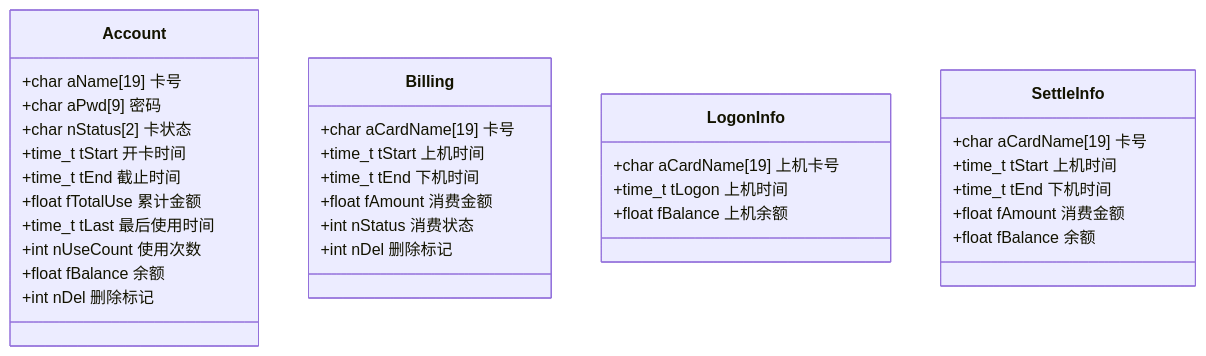
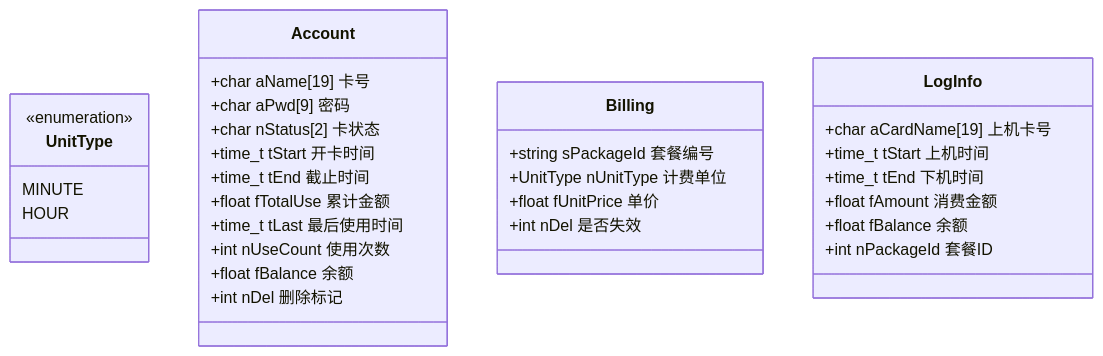
One commit to bihongcue876/billingmanagesystem changed the first of 3 diagrams in README.md. Above: the diagram before and after it, drawn with Mermaid. The commit also changed other lines of this file and 3 other files, not shown here.

````diff
--- a/README.md
+++ b/README.md
@@ -82,38 +91,37 @@
 ```mermaid
 classDiagram
+    class UnitType {
+        <<enumeration>>
+        MINUTE
+        HOUR
+    }
+
     class Account {
         +char aName[19] 卡号
         +char aPwd[9] 密码
         +char nStatus[2] 卡状态
         +time_t tStart 开卡时间
         +time_t tEnd 截止时间
         +float fTotalUse 累计金额
         +time_t tLast 最后使用时间
         +int nUseCount 使用次数
         +float fBalance 余额
         +int nDel 删除标记
     }
 
     class Billing {
-        +char aCardName[19] 卡号
-        +time_t tStart 上机时间
-        +time_t tEnd 下机时间
-        +float fAmount 消费金额
-        +int nStatus 消费状态
-        +int nDel 删除标记
+        +string sPackageId 套餐编号
+        +UnitType nUnitType 计费单位
+        +float fUnitPrice 单价
+        +int nDel 是否失效
     }
 
-    class LogonInfo {
+    class LogInfo {
         +char aCardName[19] 上机卡号
-        +time_t tLogon 上机时间
-        +float fBalance 上机余额
-    }
-
-    class SettleInfo {
-        +char aCardName[19] 卡号
         +time_t tStart 上机时间
         +time_t tEnd 下机时间
         +float fAmount 消费金额
         +float fBalance 余额
+        +int nPackageId 套餐ID
     }
 ```
````
